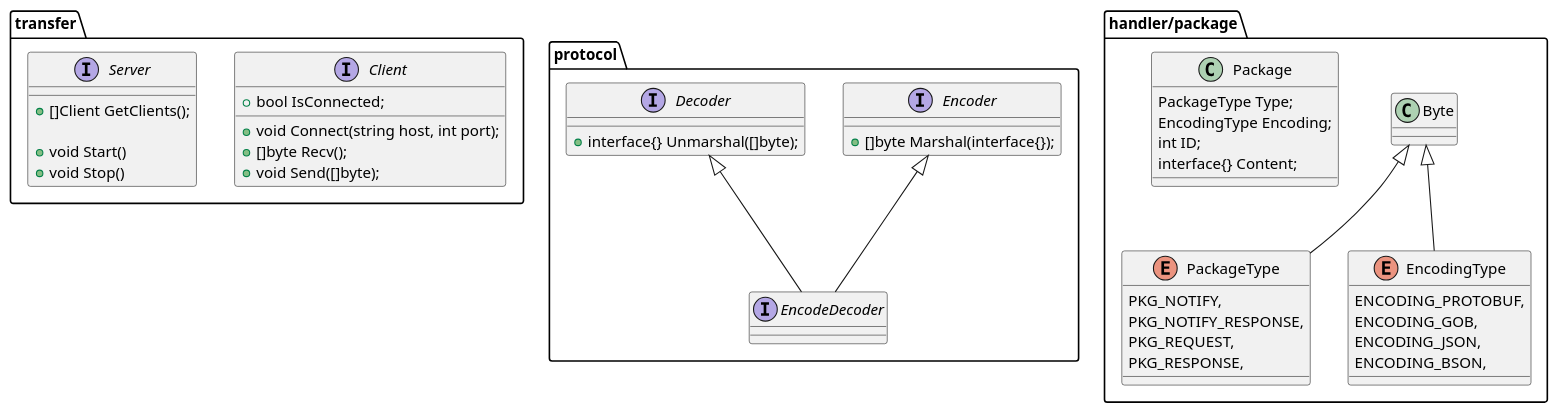
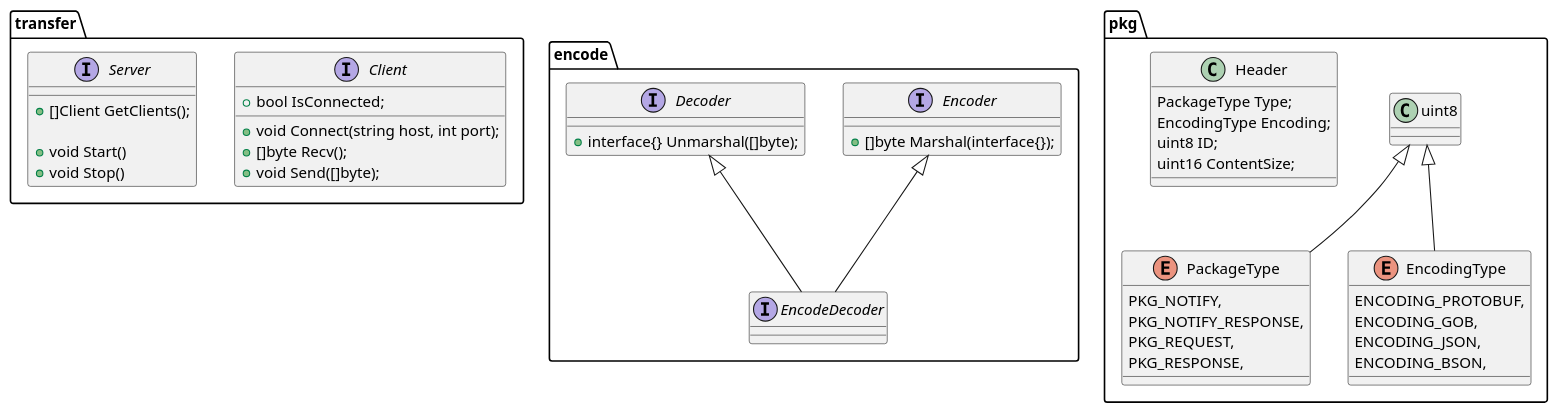
The diagram in docs/uml/class.plantuml (Jennal/goplay), drawn with PlantUML before and after one commit. The commit also changed 37 other files, not shown here.

```diff
--- a/docs/uml/class.plantuml
+++ b/docs/uml/class.plantuml
@@ -1,56 +1,56 @@
 @startuml
 
 package transfer {
     interface Client {
         + bool IsConnected;
 
         + void Connect(string host, int port);
         + []byte Recv();
         + void Send([]byte);
     }
 
     interface Server {
         + []Client GetClients();
 
         + void Start()
         + void Stop()
     }
 }
 
-package protocol {
+package encode {
     interface Encoder {
         + []byte Marshal(interface{});
     }
 
     interface Decoder {
         + interface{} Unmarshal([]byte);
     }
 
     interface EncodeDecoder extends Encoder, Decoder {
     }
 }
 
-package handler/package {
-    enum PackageType extends Byte {
+package pkg {
+    enum PackageType extends uint8 {
         PKG_NOTIFY,
         PKG_NOTIFY_RESPONSE,
         PKG_REQUEST,
         PKG_RESPONSE,
     }
 
-    enum EncodingType extends Byte {
+    enum EncodingType extends uint8 {
         ENCODING_PROTOBUF,
         ENCODING_GOB,
         ENCODING_JSON,
         ENCODING_BSON,
     }
 
-    class Package {
+    class Header {
         PackageType Type;
         EncodingType Encoding;
-        int ID;
-        interface{} Content;
+        uint8 ID;
+        uint16 ContentSize;
     }
 }
 
 @enduml
```
